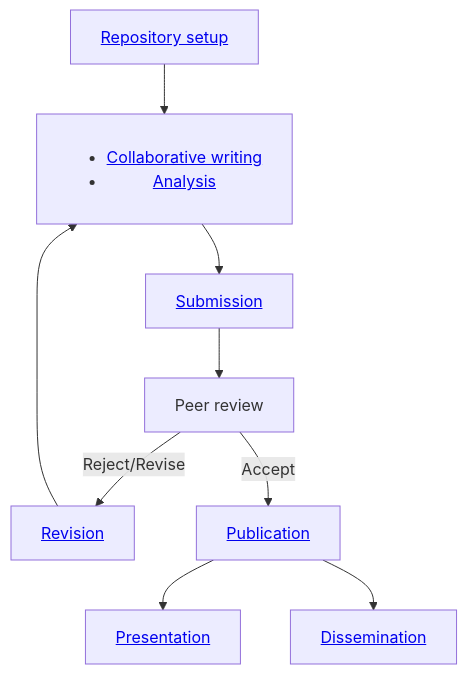
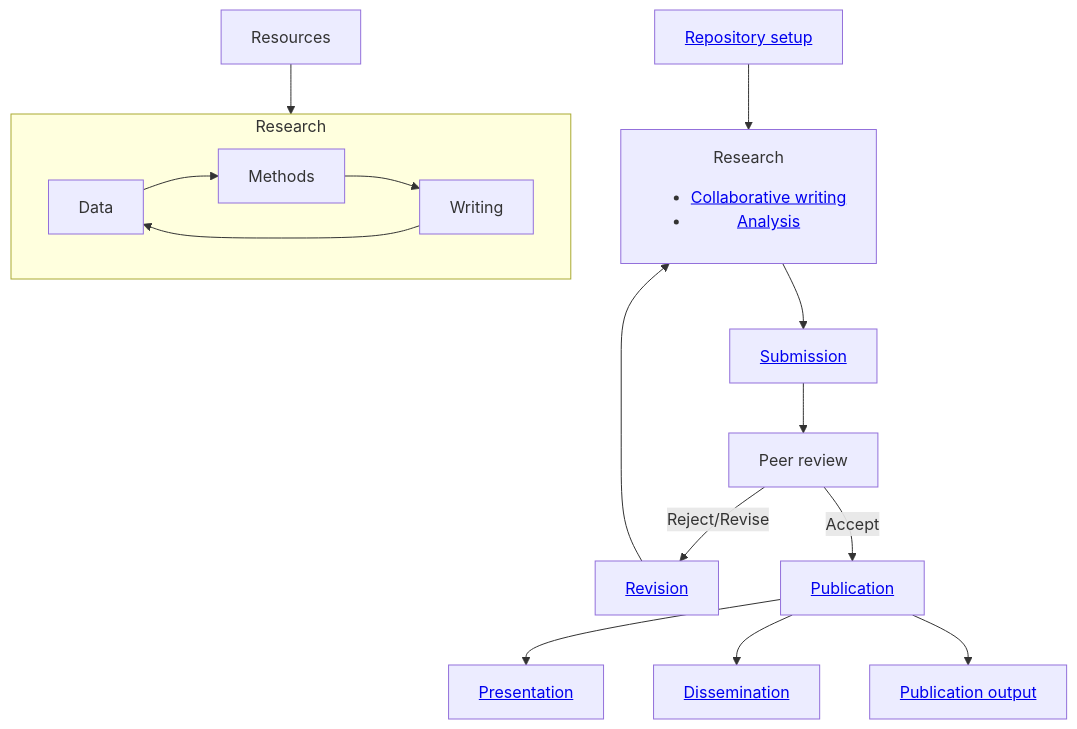
The diagram in docs/20-research/20_processes/20.02.sop.md (digital-work-lab/handbook), drawn with Mermaid before and after one commit.

````diff
--- a/docs/20-research/20_processes/20.02.sop.md
+++ b/docs/20-research/20_processes/20.02.sop.md
@@ -15,13 +15,21 @@
 ```mermaid
-graph TD
-    
-    B["<a href='20.20.paper-templates.html#setup'>Repository setup</a>"] --> C["<ul><li><a href='20.20.paper-templates.html#workflow'>Collaborative writing</a></li><li><a href='20.21.analysis-templates.html'>Analysis</a></ul>"]
+flowchart TB
+
+    subgraph Research
+        Data --> Methods
+        Methods --> Writing
+        Writing --> Data
+    end
+
+    A["<a href='20.20.paper-templates.html#setup'>Repository setup</a>"] --> C["Research<ul><li><a href='20.20.paper-templates.html#workflow'>Collaborative writing</a></li><li><a href='20.21.analysis-templates.html'>Analysis</a></ul>"]
+    B[Resources] --> Research
     C --> D["<a href='20.30.pre-submission.html'>Submission</a>"]
     D --> E[Peer review]
+    E -->|Reject/Revise| F["<a href='20.32.revision.html'>Revision</a>"]
     F --> C
     
-    E -->|Reject/Revise| F["<a href='20.32.revision.html'>Revision</a>"]
     E -->|Accept| G["<a href='20.33.publication.html'>Publication</a>"]
     G --> H["<a href='20.28.presentation.html'>Presentation</a>"]
     G --> I["<a href='20.34.dissemination.html'>Dissemination</a>"]
+    G --> J["<a href='../29-publications.html'>Publication output</a>"]
 ```
````
